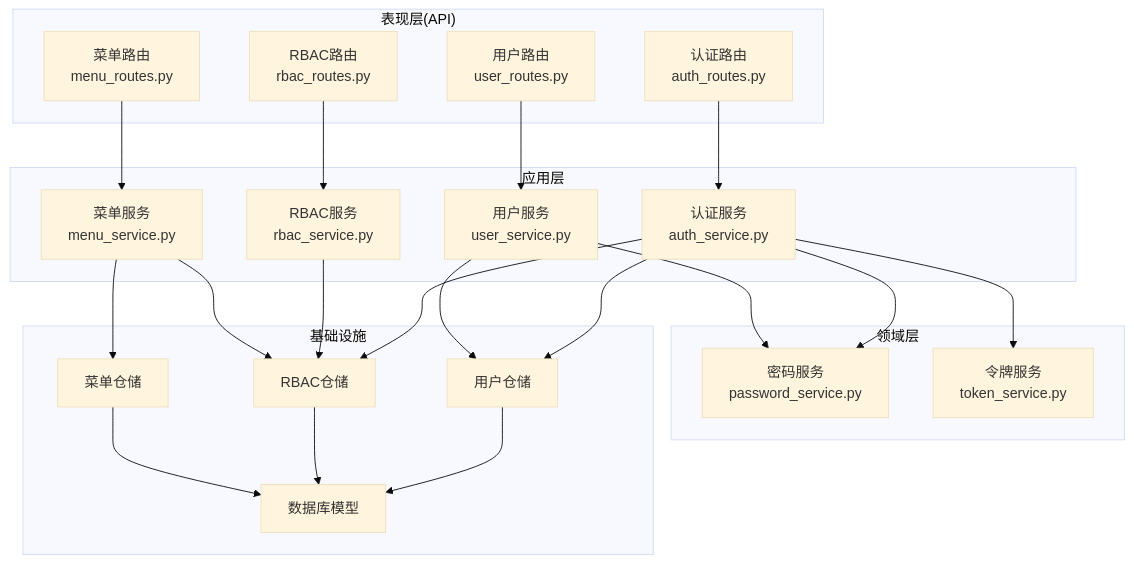
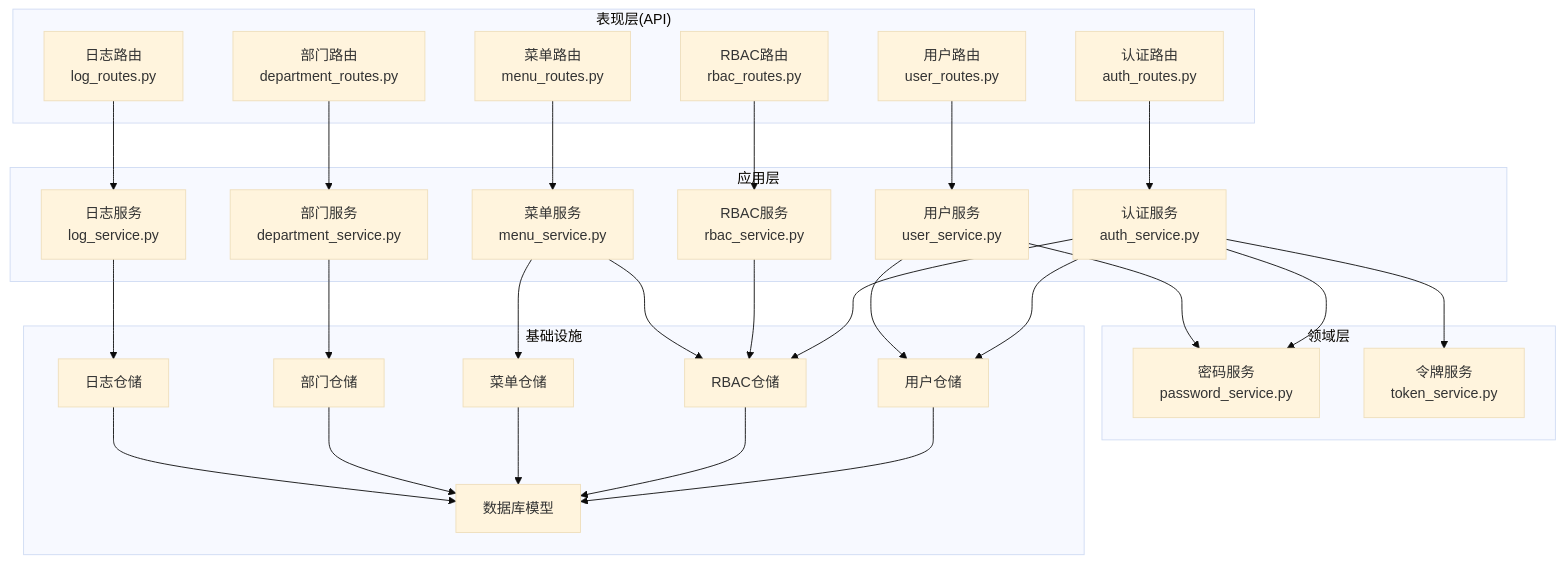
The first of 7 diagrams in .qoder/repowiki/zh/content/后端架构设计/DDD 分层架构详解/应用层（Services）.md (taoweidong/Hello-FastApi), drawn with Mermaid (base theme) before and after one commit. The commit also changed other lines of this file and 11 other files, not shown here.

````diff
--- a/.qoder/repowiki/zh/content/后端架构设计/DDD 分层架构详解/应用层（Services）.md
+++ b/.qoder/repowiki/zh/content/后端架构设计/DDD 分层架构详解/应用层（Services）.md
@@ -47,41 +62,53 @@
 ```mermaid
 graph TB
 subgraph "表现层(API)"
 RAuth["认证路由<br/>auth_routes.py"]
 RUser["用户路由<br/>user_routes.py"]
 RRbac["RBAC路由<br/>rbac_routes.py"]
 RMenu["菜单路由<br/>menu_routes.py"]
+RDept["部门路由<br/>department_routes.py"]
+RLog["日志路由<br/>log_routes.py"]
 end
 subgraph "应用层"
 SAuth["认证服务<br/>auth_service.py"]
 SUser["用户服务<br/>user_service.py"]
 SRbac["RBAC服务<br/>rbac_service.py"]
 SMenu["菜单服务<br/>menu_service.py"]
+SDept["部门服务<br/>department_service.py"]
+SLog["日志服务<br/>log_service.py"]
 end
 subgraph "领域层"
 DPass["密码服务<br/>password_service.py"]
 DToken["令牌服务<br/>token_service.py"]
 end
 subgraph "基础设施"
 RepoUser["用户仓储"]
 RepoRbac["RBAC仓储"]
 RepoMenu["菜单仓储"]
+RepoDept["部门仓储"]
+RepoLog["日志仓储"]
 Models["数据库模型"]
 end
 RAuth --> SAuth
 RUser --> SUser
 RRbac --> SRbac
 RMenu --> SMenu
+RDept --> SDept
+RLog --> SLog
 SAuth --> DPass
 SAuth --> DToken
 SAuth --> RepoUser
 SAuth --> RepoRbac
 SUser --> DPass
 SUser --> RepoUser
 SRbac --> RepoRbac
 SMenu --> RepoMenu
 SMenu --> RepoRbac
+SDept --> RepoDept
+SLog --> RepoLog
 RepoUser --> Models
 RepoRbac --> Models
 RepoMenu --> Models
+RepoDept --> Models
+RepoLog --> Models
 ```
````
